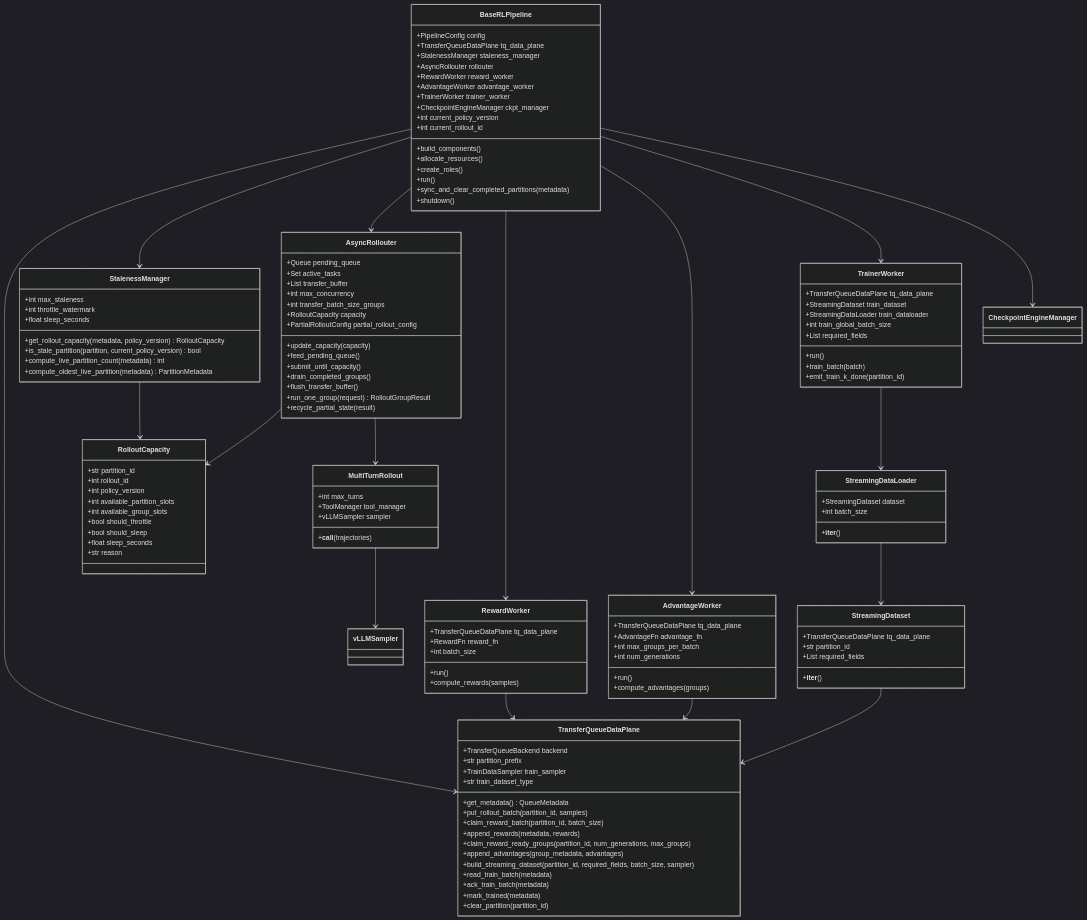
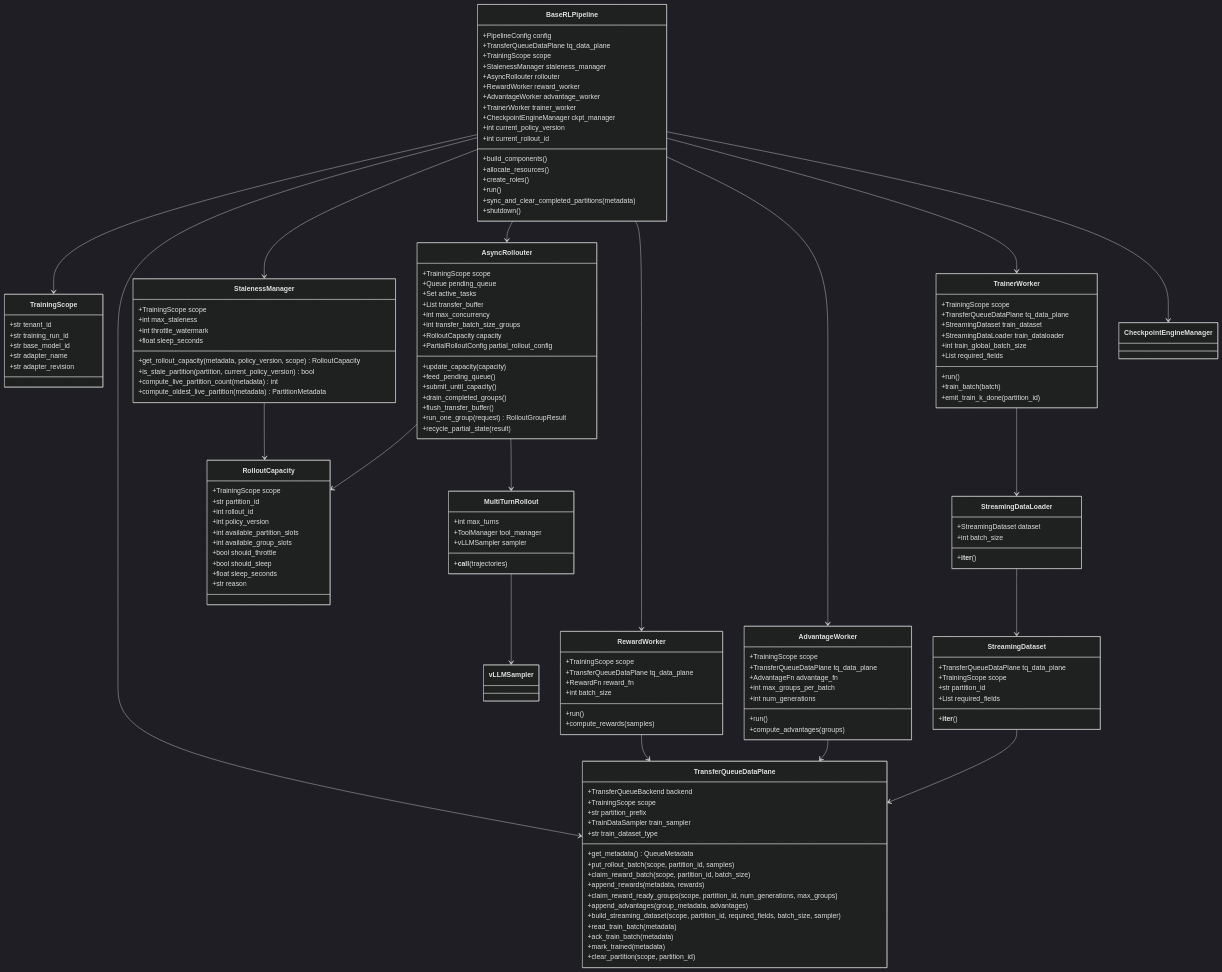
The first of 2 diagrams in docs/source_zh/组件/Gym/详细设计.md (meichangsu1/twinkle), drawn with Mermaid (dark theme) before and after one commit. The commit also changed other lines of this file and 3 other files, not shown here.

```diff
--- a/docs/source_zh/组件/Gym/详细设计.md
+++ b/docs/source_zh/组件/Gym/详细设计.md
@@ -100,6 +109,7 @@
     class BaseRLPipeline {
         +PipelineConfig config
         +TransferQueueDataPlane tq_data_plane
+        +TrainingScope scope
         +StalenessManager staleness_manager
         +AsyncRollouter rollouter
         +RewardWorker reward_worker
@@ -118,33 +128,36 @@
 
     class TransferQueueDataPlane {
         +TransferQueueBackend backend
+        +TrainingScope scope
         +str partition_prefix
         +TrainDataSampler train_sampler
         +str train_dataset_type
         +get_metadata() QueueMetadata
-        +put_rollout_batch(partition_id, samples)
-        +claim_reward_batch(partition_id, batch_size)
+        +put_rollout_batch(scope, partition_id, samples)
+        +claim_reward_batch(scope, partition_id, batch_size)
         +append_rewards(metadata, rewards)
-        +claim_reward_ready_groups(partition_id, num_generations, max_groups)
+        +claim_reward_ready_groups(scope, partition_id, num_generations, max_groups)
         +append_advantages(group_metadata, advantages)
-        +build_streaming_dataset(partition_id, required_fields, batch_size, sampler)
+        +build_streaming_dataset(scope, partition_id, required_fields, batch_size, sampler)
         +read_train_batch(metadata)
         +ack_train_batch(metadata)
         +mark_trained(metadata)
-        +clear_partition(partition_id)
+        +clear_partition(scope, partition_id)
     }
 
     class StalenessManager {
+        +TrainingScope scope
         +int max_staleness
         +int throttle_watermark
         +float sleep_seconds
-        +get_rollout_capacity(metadata, policy_version) RolloutCapacity
+        +get_rollout_capacity(metadata, policy_version, scope) RolloutCapacity
         +is_stale_partition(partition, current_policy_version) bool
         +compute_live_partition_count(metadata) int
         +compute_oldest_live_partition(metadata) PartitionMetadata
     }
 
     class RolloutCapacity {
+        +TrainingScope scope
         +str partition_id
         +int rollout_id
         +int policy_version
@@ -157,6 +170,7 @@
     }
 
     class AsyncRollouter {
+        +TrainingScope scope
         +Queue pending_queue
         +Set active_tasks
         +List transfer_buffer
@@ -181,6 +195,7 @@
     }
 
     class RewardWorker {
+        +TrainingScope scope
         +TransferQueueDataPlane tq_data_plane
         +RewardFn reward_fn
         +int batch_size
@@ -189,6 +204,7 @@
     }
 
     class AdvantageWorker {
+        +TrainingScope scope
         +TransferQueueDataPlane tq_data_plane
         +AdvantageFn advantage_fn
         +int max_groups_per_batch
@@ -198,6 +214,7 @@
     }
 
     class TrainerWorker {
+        +TrainingScope scope
         +TransferQueueDataPlane tq_data_plane
         +StreamingDataset train_dataset
         +StreamingDataLoader train_dataloader
@@ -210,6 +227,7 @@
 
     class StreamingDataset {
         +TransferQueueDataPlane tq_data_plane
+        +TrainingScope scope
         +str partition_id
         +List required_fields
         +__iter__()
@@ -221,6 +239,15 @@
         +__iter__()
     }
 
+    class TrainingScope {
+        +str tenant_id
+        +str training_run_id
+        +str base_model_id
+        +str adapter_name
+        +str adapter_revision
+    }
+
+    BaseRLPipeline --> TrainingScope
     BaseRLPipeline --> TransferQueueDataPlane
     BaseRLPipeline --> StalenessManager
     BaseRLPipeline --> AsyncRollouter
```
